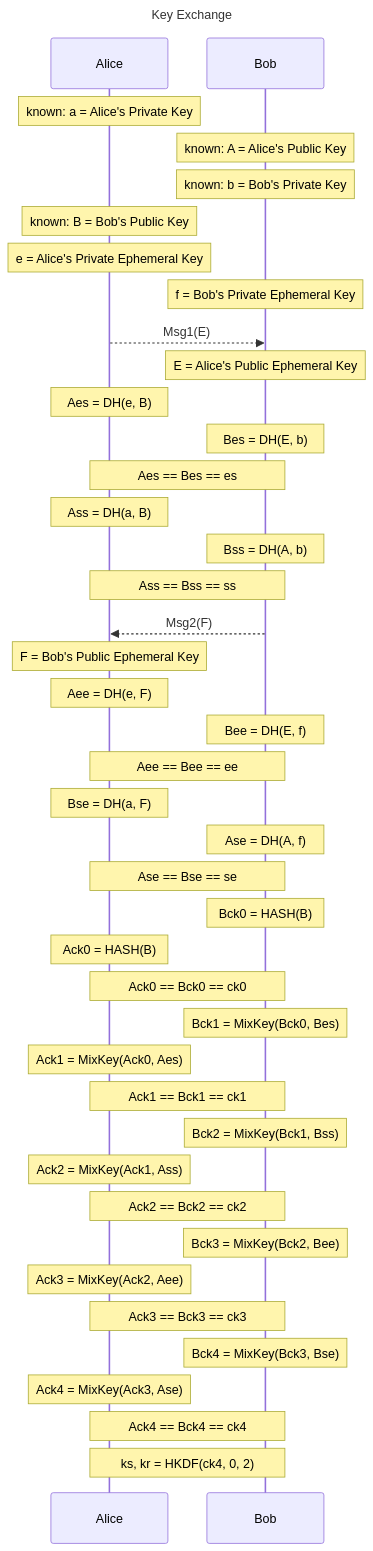
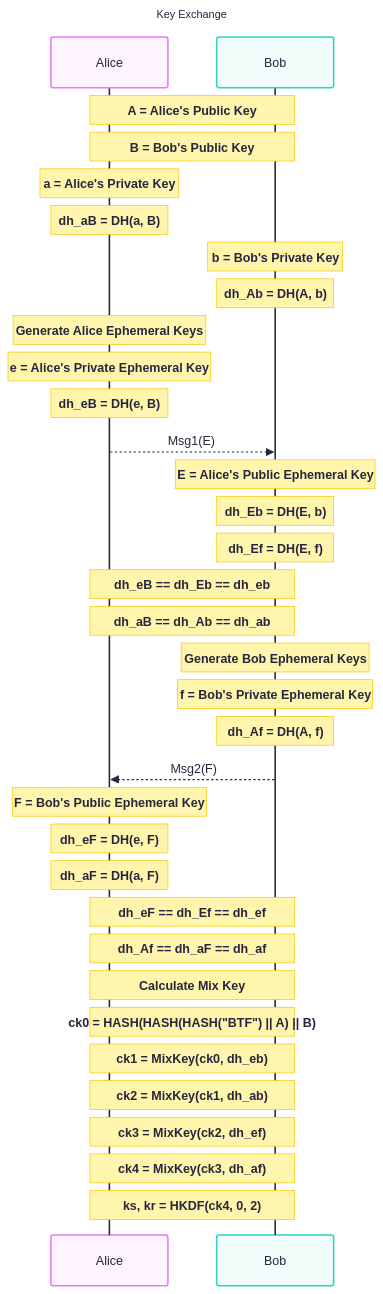
Before and after one commit to therooftopprinz/bfc-tunnel: the third of 4 diagrams in docs/protocol.md, drawn with Mermaid. The commit also changed other lines of this file and 14 other files, not shown here.

````diff
--- a/docs/protocol.md
+++ b/docs/protocol.md
@@ -142,59 +149,51 @@
 ```mermaid
+---
+config:
+  theme: redux-color
+---
 sequenceDiagram
 title Key Exchange
-     
   participant A as Alice
   participant B as Bob
 
-  Note over A: known: a = Alice's Private Key
-  Note over B: known: A = Alice's Public Key
-  Note over B: known: b = Bob's Private Key
-  Note over A: known: B = Bob's Public Key
+  Note over A,B:   A = Alice's Public Key
+  Note over A,B:   B = Bob's Public Key
+  Note over A:     a = Alice's Private Key
+  Note over A: dh_aB = DH(a, B) 
+  Note over B:     b = Bob's Private Key
+  Note over B: dh_Ab = DH(A, b) 
+
+  Note over A: Generate Alice Ephemeral Keys
 
   Note over A: e = Alice's Private Ephemeral Key
-  Note over B: f = Bob's Private Ephemeral Key
+  Note over A: dh_eB = DH(e, B) 
 
   A -->> B: Msg1(E)
   Note over B: E = Alice's Public Ephemeral Key
-  
-  Note over A: Aes = DH(e, B) # eS
-  Note over B: Bes = DH(E, b) # Es
-  Note over A,B: Aes == Bes == es
+  Note over B: dh_Eb = DH(E, b) 
+  Note over B: dh_Ef = DH(E, f) 
 
-  Note over A: Ass = DH(a, B) # sS
-  Note over B: Bss = DH(A, b) # Ss
-  Note over A,B: Ass == Bss == ss
+  Note over A,B: dh_eB == dh_Eb == dh_eb
+  Note over A,B: dh_aB == dh_Ab == dh_ab
+
+  Note over B: Generate Bob Ephemeral Keys
+  Note over B: f = Bob's Private Ephemeral Key
+  Note over B: dh_Af = DH(A, f) 
 
   B -->> A: Msg2(F)
   Note over A: F = Bob's Public Ephemeral Key
-  
-  Note over A: Aee = DH(e, F) # eE
-  Note over B: Bee = DH(E, f) # Ee
-  Note over A,B: Aee == Bee == ee
+  Note over A: dh_eF = DH(e, F) 
+  Note over A: dh_aF = DH(a, F) 
 
-  Note over A: Bse = DH(a, F) # sE
-  Note over B: Ase = DH(A, f) # Se
-  Note over A,B: Ase == Bse == se
+  Note over A,B: dh_eF == dh_Ef == dh_ef
+  Note over A,B: dh_Af == dh_aF == dh_af
 
-  Note over B: Bck0 = HASH(B)
-  Note over A: Ack0 = HASH(B)
-  Note over A,B: Ack0 == Bck0 == ck0
+  Note over A,B: Calculate Mix Key
 
-  Note over B: Bck1 = MixKey(Bck0, Bes)
-  Note over A: Ack1 = MixKey(Ack0, Aes)
-  Note over A,B: Ack1 == Bck1 == ck1
-
-  Note over B: Bck2 = MixKey(Bck1, Bss)
-  Note over A: Ack2 = MixKey(Ack1, Ass)
-  Note over A,B: Ack2 == Bck2 == ck2
-
-  Note over B: Bck3 = MixKey(Bck2, Bee)
-  Note over A: Ack3 = MixKey(Ack2, Aee)
-  Note over A,B: Ack3 == Bck3 == ck3
-
-  Note over B: Bck4 = MixKey(Bck3, Bse)
-  Note over A: Ack4 = MixKey(Ack3, Ase)
-  Note over A,B: Ack4 == Bck4 == ck4
-
+  Note over A,B: ck0 = HASH(HASH(HASH("BTF") || A) || B)
+  Note over A,B: ck1 = MixKey(ck0, dh_eb)
+  Note over A,B: ck2 = MixKey(ck1, dh_ab)
+  Note over A,B: ck3 = MixKey(ck2, dh_ef)
+  Note over A,B: ck4 = MixKey(ck3, dh_af)
   Note over A,B: ks, kr = HKDF(ck4, 0, 2)
   ```
````
